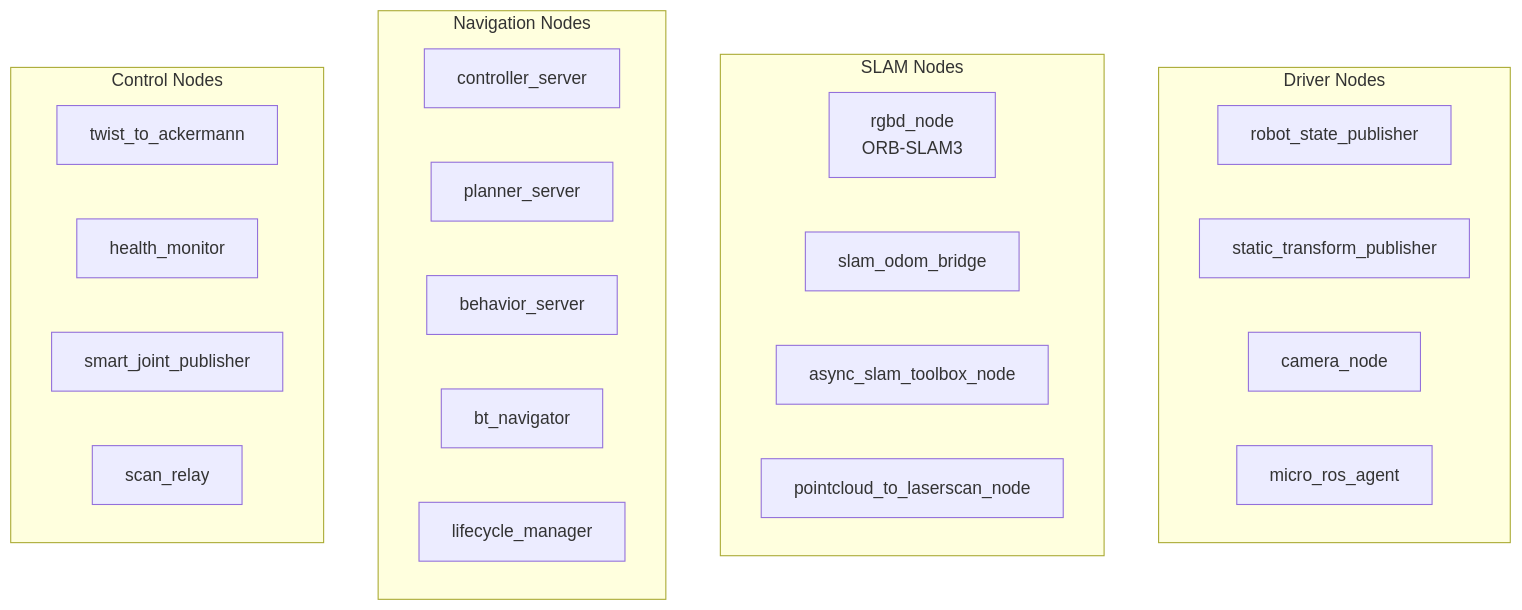
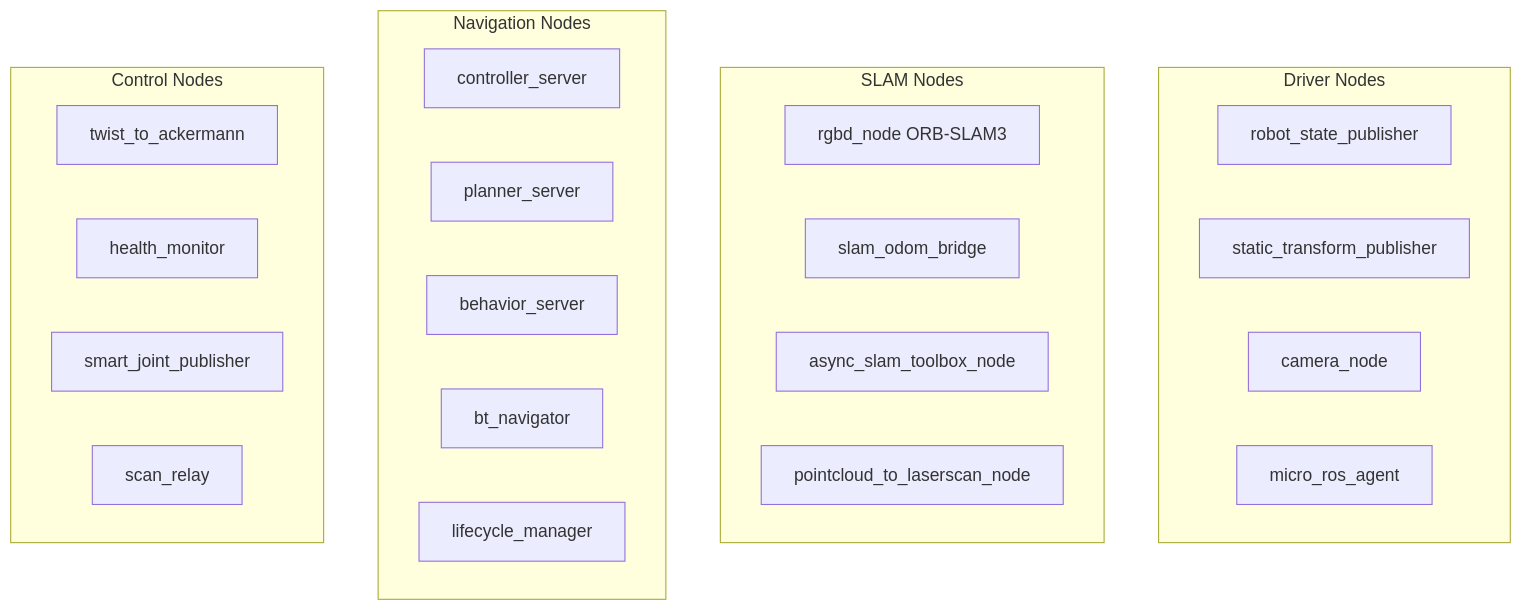
Before and after one commit to KashmeeraTT/Ackerman_UGV: the fourth of 13 diagrams in SYSTEM_DOCUMENTATION.md, drawn with Mermaid. The commit also changed other lines of this file, not shown here.

Commit message:
docs: Simplify mermaid diagram labels, subgraph titles, and minor text for improved readability.

````diff
--- a/SYSTEM_DOCUMENTATION.md
+++ b/SYSTEM_DOCUMENTATION.md
@@ -236,31 +235,31 @@
 ```mermaid
 graph TB
-    subgraph Drivers["Driver Nodes"]
+    subgraph Drivers[Driver Nodes]
         RSP[robot_state_publisher]
         STP[static_transform_publisher]
         CAM[camera_node]
         MRA[micro_ros_agent]
     end
     
-    subgraph SLAM["SLAM Nodes"]
-        ORB[rgbd_node<br/>ORB-SLAM3]
+    subgraph SLAM[SLAM Nodes]
+        ORB[rgbd_node ORB-SLAM3]
         SOB[slam_odom_bridge]
         STB[async_slam_toolbox_node]
         P2L[pointcloud_to_laserscan_node]
     end
     
-    subgraph Nav2["Navigation Nodes"]
+    subgraph Nav2[Navigation Nodes]
         CS[controller_server]
         PS[planner_server]
         BS[behavior_server]
-        BT[bt_navigator]
+        BTN[bt_navigator]
         LM[lifecycle_manager]
     end
     
-    subgraph Control["Control Nodes"]
+    subgraph CtrlNodes[Control Nodes]
         T2A[twist_to_ackermann]
         HM[health_monitor]
         SJP[smart_joint_publisher]
         SR[scan_relay]
     end
 ```
````
